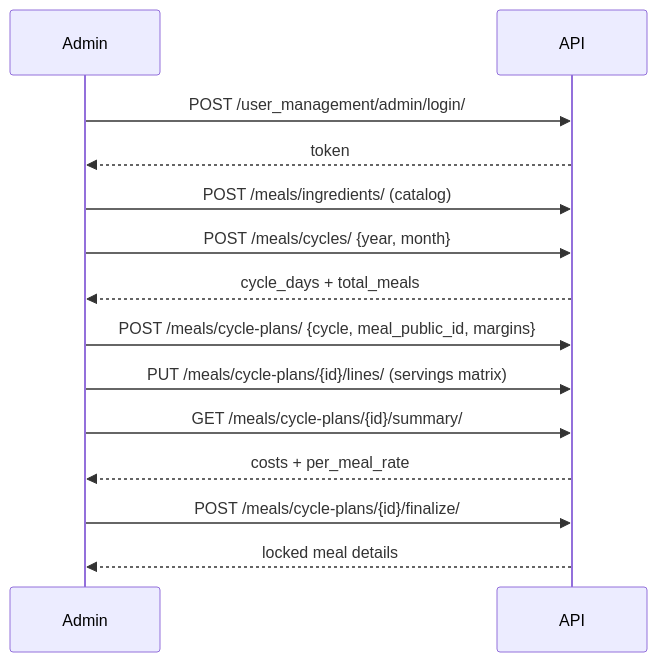
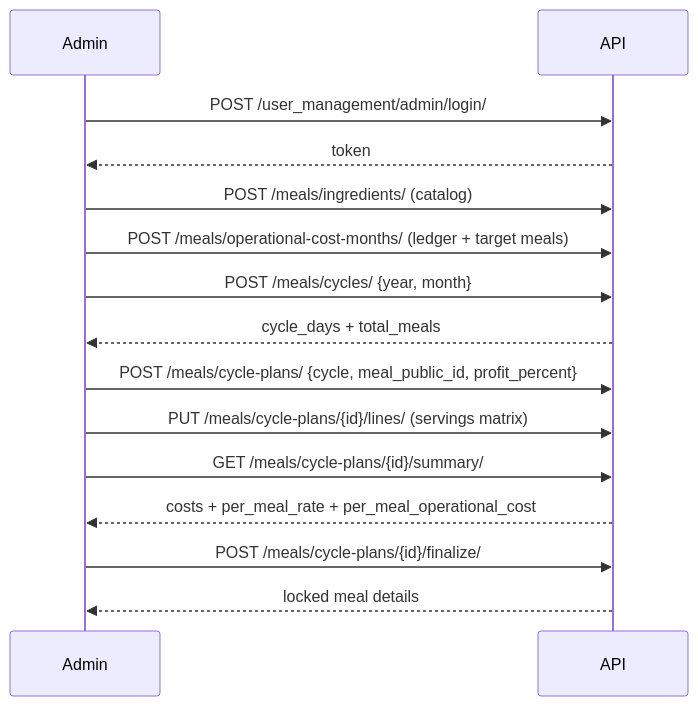
Before and after one commit to misbahulamin/befood-backend: the diagram in meals/docs/backend/meal-cycle-management.md, drawn with Mermaid. The commit also changed other lines of this file and 269 other files, not shown here.

Commit message:
operational-cost-system

````diff
--- a/meals/docs/backend/meal-cycle-management.md
+++ b/meals/docs/backend/meal-cycle-management.md
@@ -221,17 +230,18 @@
 ```mermaid
 sequenceDiagram
     participant Admin
     participant API
 
     Admin->>API: POST /user_management/admin/login/
     API-->>Admin: token
     Admin->>API: POST /meals/ingredients/ (catalog)
+    Admin->>API: POST /meals/operational-cost-months/ (ledger + target meals)
     Admin->>API: POST /meals/cycles/ {year, month}
     API-->>Admin: cycle_days + total_meals
-    Admin->>API: POST /meals/cycle-plans/ {cycle, meal_public_id, margins}
+    Admin->>API: POST /meals/cycle-plans/ {cycle, meal_public_id, profit_percent}
     Admin->>API: PUT /meals/cycle-plans/{id}/lines/ (servings matrix)
     Admin->>API: GET /meals/cycle-plans/{id}/summary/
-    API-->>Admin: costs + per_meal_rate
+    API-->>Admin: costs + per_meal_rate + per_meal_operational_cost
     Admin->>API: POST /meals/cycle-plans/{id}/finalize/
     API-->>Admin: locked meal details
 ```
````
